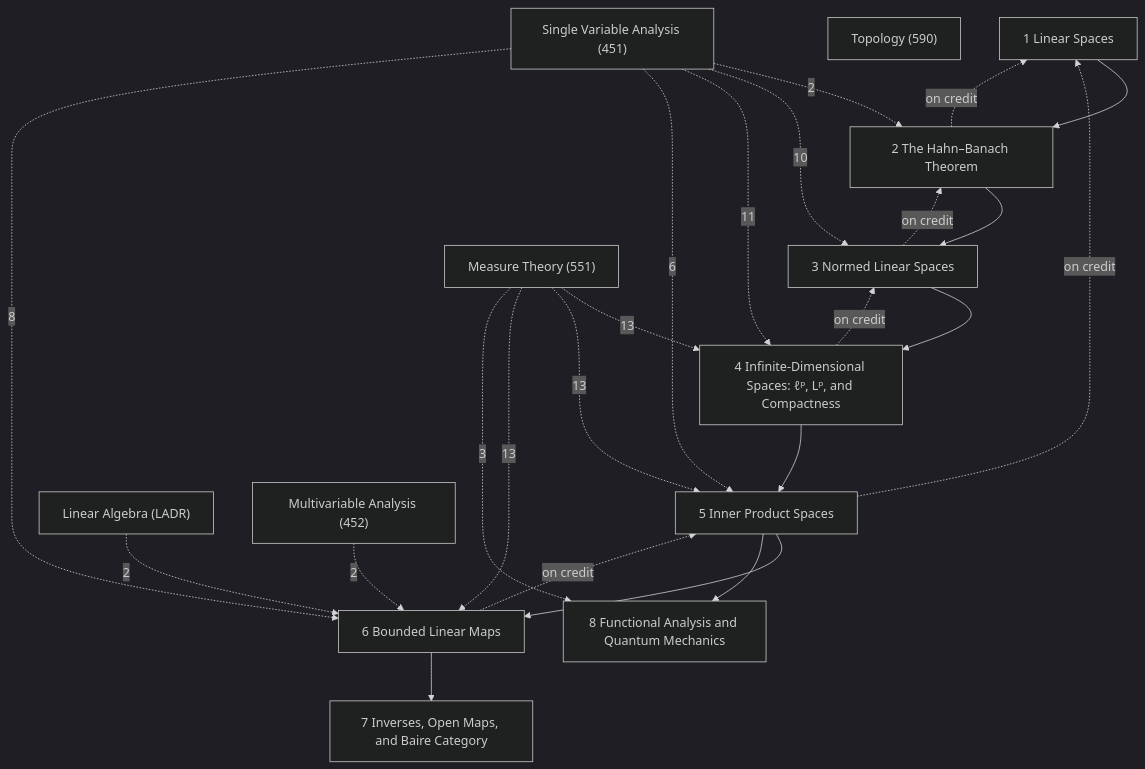
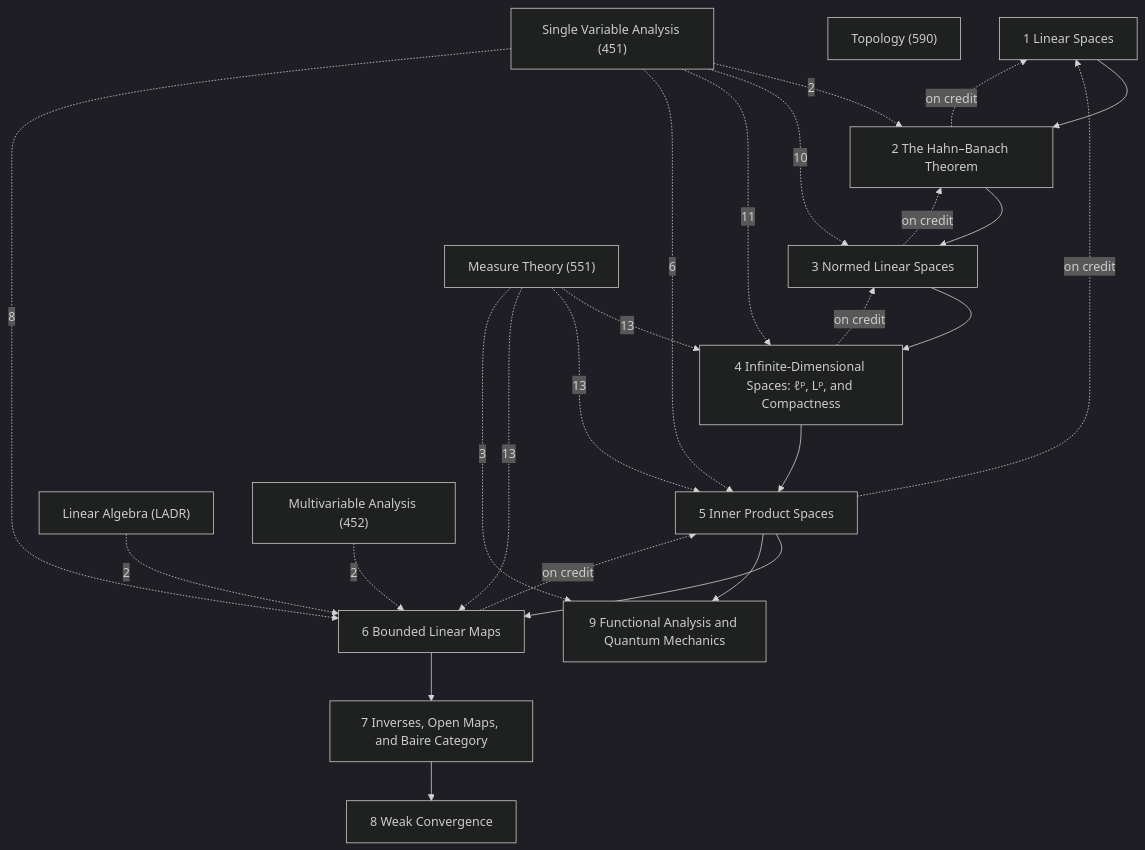
Before and after one commit to Onion20040508/notes: the diagram in Math/Functional Analysis/Functional Analysis.md, drawn with Mermaid (dark theme). The commit also changed other lines of this file and 107 other files, not shown here.

````diff
--- a/Math/Functional Analysis/Functional Analysis.md
+++ b/Math/Functional Analysis/Functional Analysis.md
@@ -33,39 +33,41 @@
 ```mermaid
 graph TD
   C1["1 Linear Spaces"]
   C2["2 The Hahn–Banach Theorem"]
   C3["3 Normed Linear Spaces"]
   C4["4 Infinite-Dimensional Spaces: ℓᵖ, Lᵖ, and Compactness"]
   C5["5 Inner Product Spaces"]
   C6["6 Bounded Linear Maps"]
   C7["7 Inverses, Open Maps, and Baire Category"]
-  C8["8 Functional Analysis and Quantum Mechanics"]
+  C8["8 Weak Convergence"]
+  C9["9 Functional Analysis and Quantum Mechanics"]
   X1["Linear Algebra (LADR)"]
   X2["Measure Theory (551)"]
   X3["Topology (590)"]
   X4["Single Variable Analysis (451)"]
   X5["Multivariable Analysis (452)"]
   C1 --> C2
   C2 --> C3
   C3 --> C4
   C4 --> C5
   C5 --> C6
-  C5 --> C8
+  C5 --> C9
   C6 --> C7
+  C7 --> C8
   C2 -.->|on credit| C1
   C3 -.->|on credit| C2
   C4 -.->|on credit| C3
   C5 -.->|on credit| C1
   C6 -.->|on credit| C5
   X1 -.->|2| C6
   X2 -.->|13| C4
   X2 -.->|13| C5
   X2 -.->|13| C6
-  X2 -.->|3| C8
+  X2 -.->|3| C9
   X5 -.->|2| C6
   X4 -.->|2| C2
   X4 -.->|10| C3
   X4 -.->|11| C4
   X4 -.->|6| C5
   X4 -.->|8| C6
 ```
````
